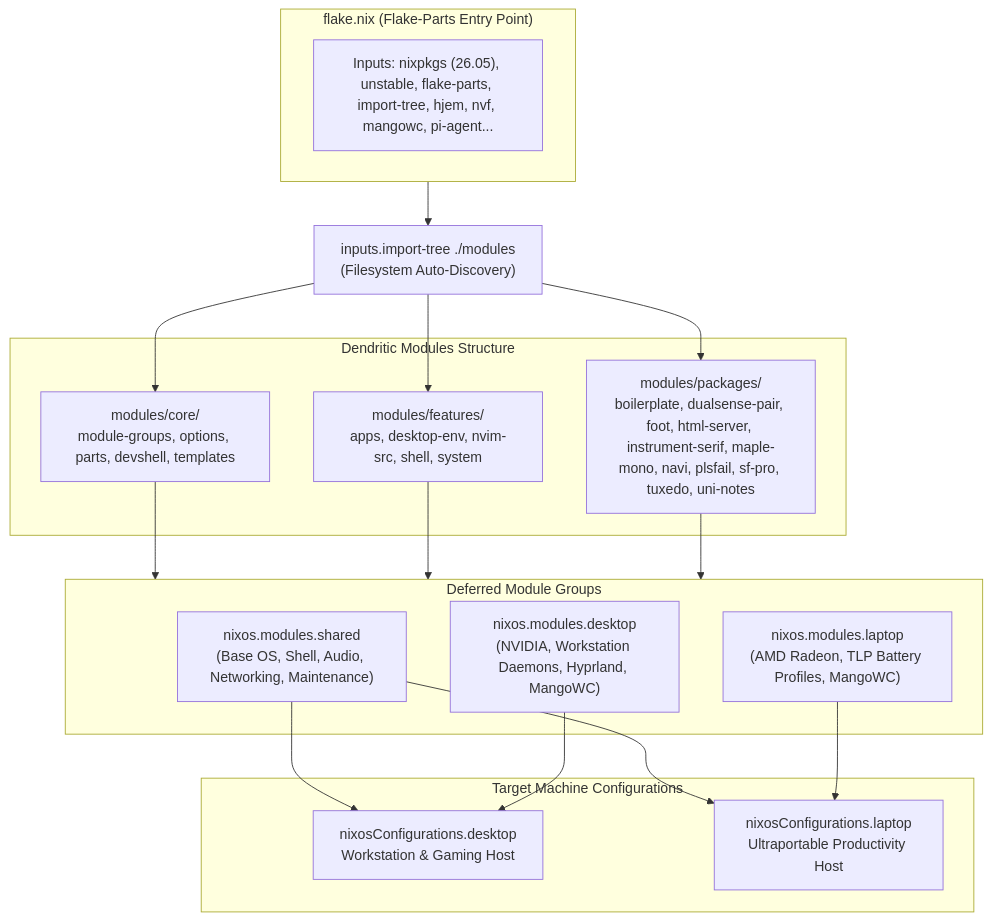
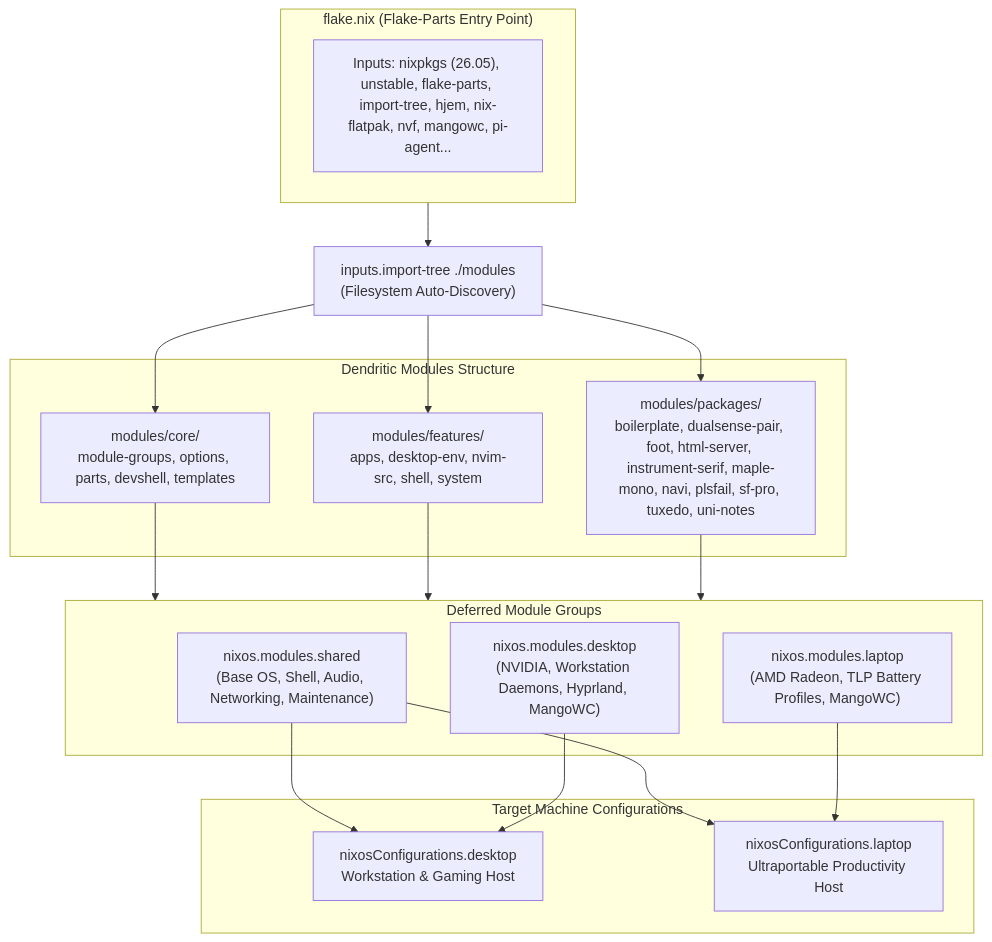
Before and after one commit to Ssnibles/NixConfig: the diagram in README.md, drawn with Mermaid. The commit also changed other lines of this file and 13 other files, not shown here.

````diff
--- a/README.md
+++ b/README.md
@@ -86,45 +87,45 @@
 ```mermaid
 flowchart TD
     subgraph Flake["flake.nix (Flake-Parts Entry Point)"]
-        Inputs["Inputs: nixpkgs (26.05), unstable, flake-parts, import-tree, hjem, nvf, mangowc, pi-agent..."]
+        Inputs["Inputs: nixpkgs (26.05), unstable, flake-parts, import-tree, hjem, nix-flatpak, nvf, mangowc, pi-agent..."]
     end
 
     Tree["inputs.import-tree ./modules<br/>(Filesystem Auto-Discovery)"]
     Flake --> Tree
 
     subgraph Modules["Dendritic Modules Structure"]
         Core["modules/core/<br/>module-groups, options, parts, devshell, templates"]
         Features["modules/features/<br/>apps, desktop-env, nvim-src, shell, system"]
         Packages["modules/packages/<br/>boilerplate, dualsense-pair, foot, html-server, instrument-serif, maple-mono, navi, plsfail, sf-pro, tuxedo, uni-notes"]
     end
 
     Tree --> Core
     Tree --> Features
     Tree --> Packages
 
     subgraph Composition["Deferred Module Groups"]
         Shared["nixos.modules.shared<br/>(Base OS, Shell, Audio, Networking, Maintenance)"]
         DesktopGroup["nixos.modules.desktop<br/>(NVIDIA, Workstation Daemons, Hyprland, MangoWC)"]
         LaptopGroup["nixos.modules.laptop<br/>(AMD Radeon, TLP Battery Profiles, MangoWC)"]
     end
 
     Core --> Composition
     Features --> Composition
     Packages --> Composition
 
     subgraph Hosts["Target Machine Configurations"]
         DesktopHost["nixosConfigurations.desktop<br/>Workstation & Gaming Host"]
         LaptopHost["nixosConfigurations.laptop<br/>Ultraportable Productivity Host"]
     end
 
     Shared --> DesktopHost
     DesktopGroup --> DesktopHost
     Shared --> LaptopHost
     LaptopGroup --> LaptopHost
 
     click Core href "modules/core" "Open core modules"
     click Features href "modules/features" "Open features modules"
     click Packages href "modules/packages" "Open custom packages"
     click DesktopHost href "modules/hosts/desktop" "Open desktop host configuration"
     click LaptopHost href "modules/hosts/laptop" "Open laptop host configuration"
 ```
````
